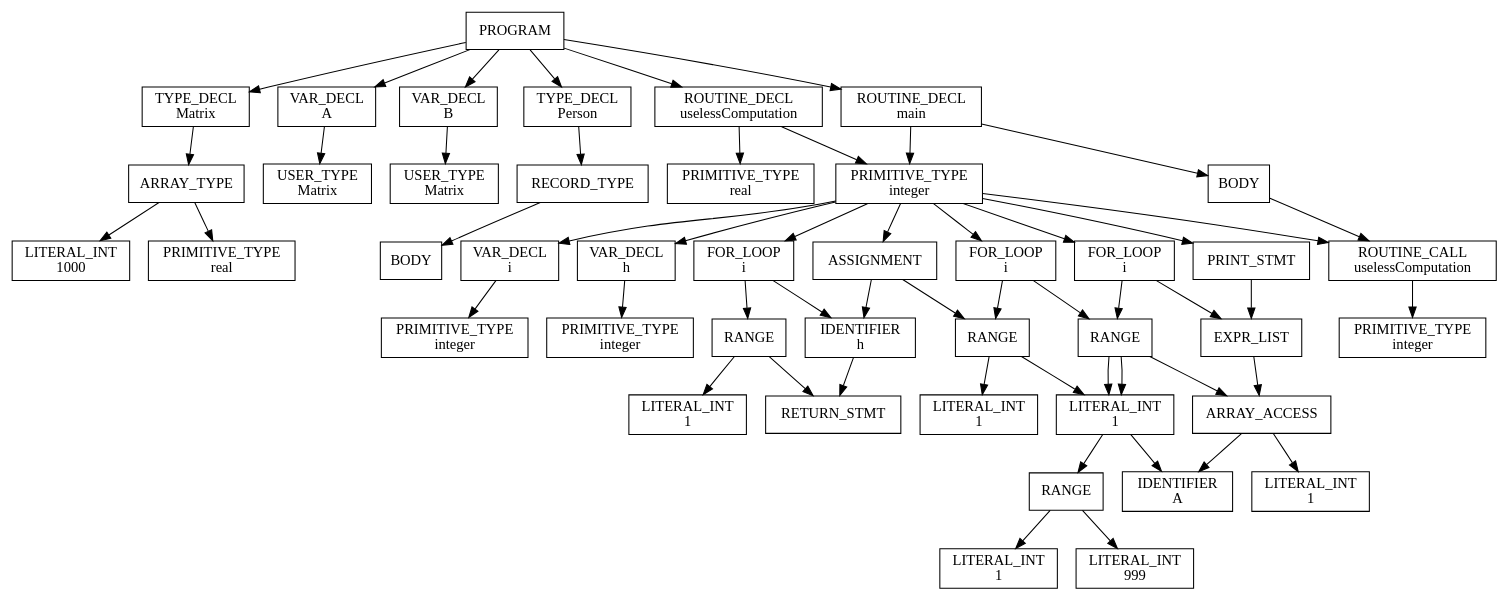
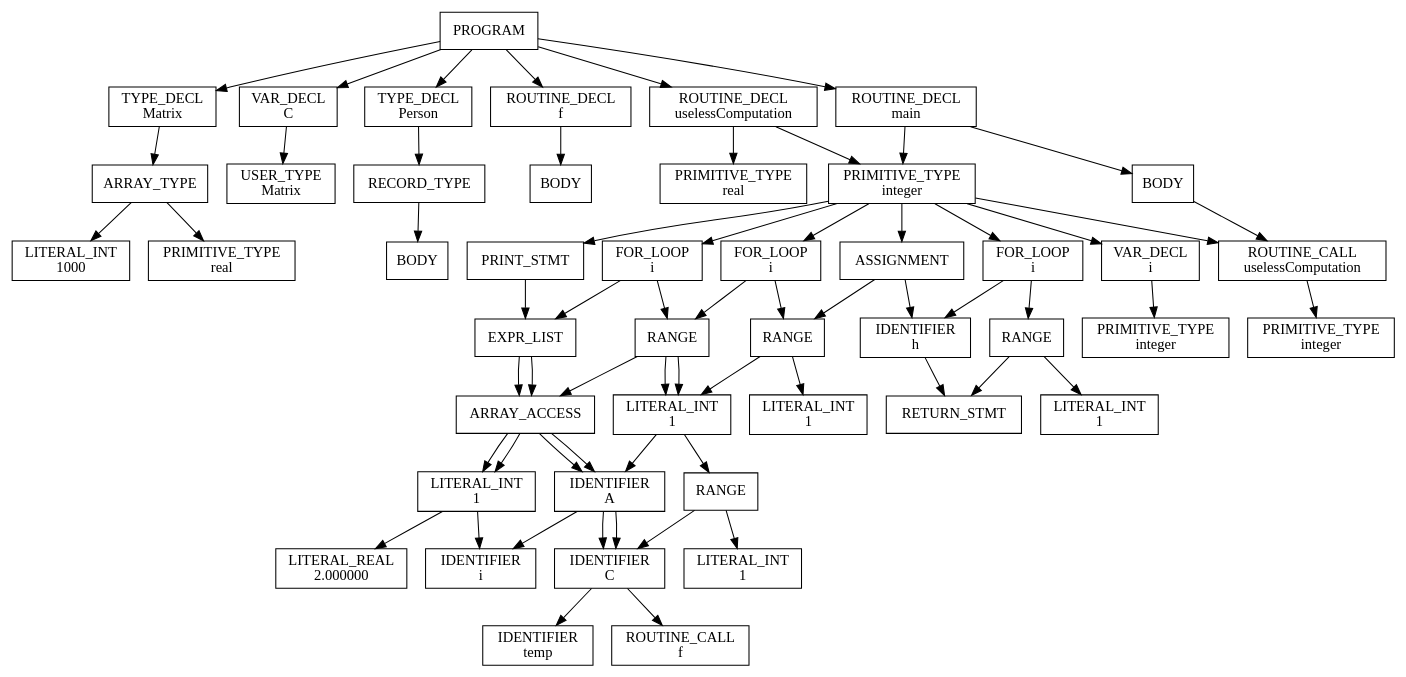
Before and after one commit to Sizye/Main-project: the diagram in semantics_nightmare/unused_var/dead_store.txt.dot, drawn with Graphviz. The commit also changed 4 other files, not shown here.

```diff
--- a/semantics_nightmare/unused_var/dead_store.txt.dot
+++ b/semantics_nightmare/unused_var/dead_store.txt.dot
@@ -1,110 +1,126 @@
 digraph AST {
   node [shape=box];
   n0 [label="PROGRAM"];
   n0 -> n1;
   n1 [label="TYPE_DECL\nMatrix"];
   n1 -> n2;
   n2 [label="ARRAY_TYPE"];
   n2 -> n3;
   n3 [label="LITERAL_INT\n1000"];
   n2 -> n1003;
   n1003 [label="PRIMITIVE_TYPE\nreal"];
   n0 -> n1001;
-  n1001 [label="VAR_DECL\nA"];
+  n1001 [label="VAR_DECL\nC"];
   n1001 -> n1002;
   n1002 [label="USER_TYPE\nMatrix"];
   n0 -> n2001;
-  n2001 [label="VAR_DECL\nB"];
+  n2001 [label="TYPE_DECL\nPerson"];
   n2001 -> n2002;
-  n2002 [label="USER_TYPE\nMatrix"];
+  n2002 [label="RECORD_TYPE"];
+  n2002 -> n2003;
+  n2003 [label="BODY"];
   n0 -> n3001;
-  n3001 [label="TYPE_DECL\nPerson"];
+  n3001 [label="ROUTINE_DECL\nf"];
   n3001 -> n3002;
-  n3002 [label="RECORD_TYPE"];
-  n3002 -> n3003;
-  n3003 [label="BODY"];
+  n3002 [label="BODY"];
   n0 -> n4001;
   n4001 [label="ROUTINE_DECL\nuselessComputation"];
   n4001 -> n4002;
   n4002 [label="PRIMITIVE_TYPE\nreal"];
   n4001 -> n5002;
   n5002 [label="BODY"];
   n5002 -> n5003;
   n5003 [label="VAR_DECL\ni"];
   n5003 -> n5004;
   n5004 [label="PRIMITIVE_TYPE\ninteger"];
   n5002 -> n6003;
-  n6003 [label="VAR_DECL\nj"];
+  n6003 [label="VAR_DECL\nh"];
   n6003 -> n6004;
   n6004 [label="PRIMITIVE_TYPE\ninteger"];
   n5002 -> n7003;
-  n7003 [label="VAR_DECL\nh"];
+  n7003 [label="FOR_LOOP\ni"];
   n7003 -> n7004;
-  n7004 [label="PRIMITIVE_TYPE\ninteger"];
+  n7004 [label="RANGE"];
+  n7004 -> n7005;
+  n7005 [label="LITERAL_INT\n1"];
+  n7004 -> n8005;
+  n8005 [label="IDENTIFIER\nh"];
+  n7003 -> n8004;
+  n8004 [label="BODY"];
+  n8004 -> n8005;
+  n8005 [label="RETURN_STMT"];
   n5002 -> n8003;
-  n8003 [label="FOR_LOOP\ni"];
+  n8003 [label="ASSIGNMENT"];
   n8003 -> n8004;
-  n8004 [label="RANGE"];
-  n8004 -> n8005;
-  n8005 [label="LITERAL_INT\n1"];
-  n8004 -> n9005;
-  n9005 [label="IDENTIFIER\nh"];
+  n8004 [label="IDENTIFIER\nh"];
   n8003 -> n9004;
-  n9004 [label="BODY"];
+  n9004 [label="LITERAL_INT\n45"];
+  n5002 -> n9003;
+  n9003 [label="FOR_LOOP\ni"];
+  n9003 -> n9004;
+  n9004 [label="RANGE"];
   n9004 -> n9005;
-  n9005 [label="RETURN_STMT"];
-  n5002 -> n9003;
-  n9003 [label="ASSIGNMENT"];
-  n9003 -> n9004;
-  n9004 [label="IDENTIFIER\nh"];
+  n9005 [label="LITERAL_INT\n1"];
+  n9004 -> n10005;
+  n10005 [label="IDENTIFIER\nh"];
   n9003 -> n10004;
-  n10004 [label="LITERAL_INT\n45"];
+  n10004 [label="BODY"];
+  n10004 -> n10005;
+  n10005 [label="FOR_LOOP\nj"];
+  n10005 -> n10006;
+  n10006 [label="RANGE"];
+  n10006 -> n10007;
+  n10007 [label="LITERAL_INT\n1"];
+  n10006 -> n11007;
+  n11007 [label="LITERAL_INT\n999"];
+  n10005 -> n11006;
+  n11006 [label="BODY"];
+  n11006 -> n11007;
+  n11007 [label="ASSIGNMENT"];
+  n11007 -> n11008;
+  n11008 [label="IDENTIFIER\ntemp"];
+  n11007 -> n12008;
+  n12008 [label="ROUTINE_CALL\nf"];
   n5002 -> n10003;
   n10003 [label="FOR_LOOP\ni"];
   n10003 -> n10004;
   n10004 [label="RANGE"];
   n10004 -> n10005;
   n10005 [label="LITERAL_INT\n1"];
   n10004 -> n11005;
-  n11005 [label="IDENTIFIER\nh"];
+  n11005 [label="LITERAL_INT\n999"];
   n10003 -> n11004;
   n11004 [label="BODY"];
   n11004 -> n11005;
-  n11005 [label="FOR_LOOP\nj"];
+  n11005 [label="ASSIGNMENT"];
   n11005 -> n11006;
-  n11006 [label="RANGE"];
+  n11006 [label="ARRAY_ACCESS"];
   n11006 -> n11007;
-  n11007 [label="LITERAL_INT\n1"];
+  n11007 [label="IDENTIFIER\nC"];
   n11006 -> n12007;
-  n12007 [label="LITERAL_INT\n999"];
+  n12007 [label="IDENTIFIER\ni"];
   n11005 -> n12006;
-  n12006 [label="BODY"];
+  n12006 [label="BINARY_OP\n*"];
+  n12006 -> n12007;
+  n12007 [label="IDENTIFIER\ni"];
+  n12006 -> n13007;
+  n13007 [label="LITERAL_REAL\n2.000000"];
   n5002 -> n11003;
-  n11003 [label="FOR_LOOP\ni"];
+  n11003 [label="PRINT_STMT"];
   n11003 -> n11004;
-  n11004 [label="RANGE"];
+  n11004 [label="EXPR_LIST"];
   n11004 -> n11005;
-  n11005 [label="LITERAL_INT\n1"];
-  n11004 -> n12005;
-  n12005 [label="LITERAL_INT\n999"];
-  n11003 -> n12004;
-  n12004 [label="BODY"];
-  n5002 -> n12003;
-  n12003 [label="PRINT_STMT"];
-  n12003 -> n12004;
-  n12004 [label="EXPR_LIST"];
-  n12004 -> n12005;
-  n12005 [label="ARRAY_ACCESS"];
-  n12005 -> n12006;
-  n12006 [label="IDENTIFIER\nA"];
-  n12005 -> n13006;
-  n13006 [label="LITERAL_INT\n1"];
+  n11005 [label="ARRAY_ACCESS"];
+  n11005 -> n11006;
+  n11006 [label="IDENTIFIER\nA"];
+  n11005 -> n12006;
+  n12006 [label="LITERAL_INT\n1"];
   n0 -> n5001;
   n5001 [label="ROUTINE_DECL\nmain"];
   n5001 -> n5002;
   n5002 [label="PRIMITIVE_TYPE\ninteger"];
   n5001 -> n6002;
   n6002 [label="BODY"];
   n6002 -> n6003;
   n6003 [label="ROUTINE_CALL\nuselessComputation"];
 }
```
